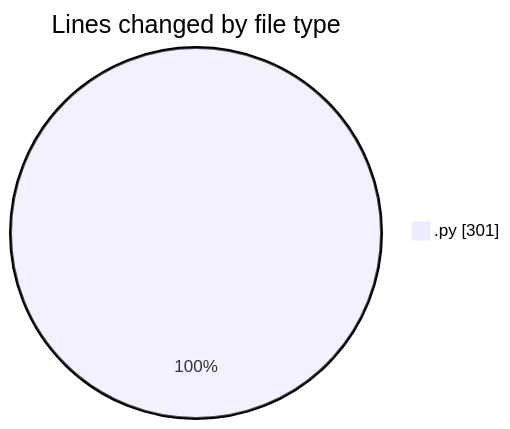
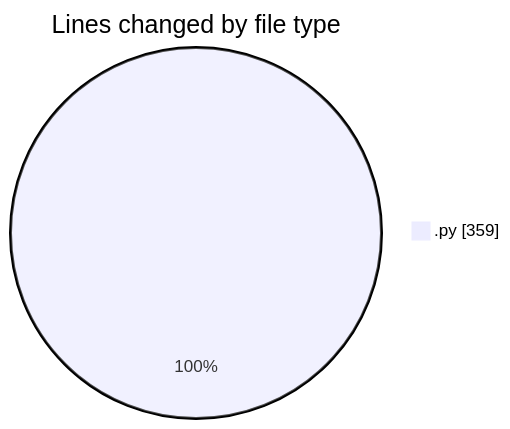
Before and after one commit to julien-gomy/code-tracking: the first of 2 diagrams in 2025-11-14/eventscop-api-guide__workspace_/README.md, drawn with Mermaid. The commit also changed other lines of this file and 1 other file, not shown here.

````diff
--- a/2025-11-14/eventscop-api-guide__workspace_/README.md
+++ b/2025-11-14/eventscop-api-guide__workspace_/README.md
@@ -21,5 +22,5 @@
 ```mermaid
 pie showData
 title Lines changed by file type
-".py" : 301
+".py" : 359
 ```
````
